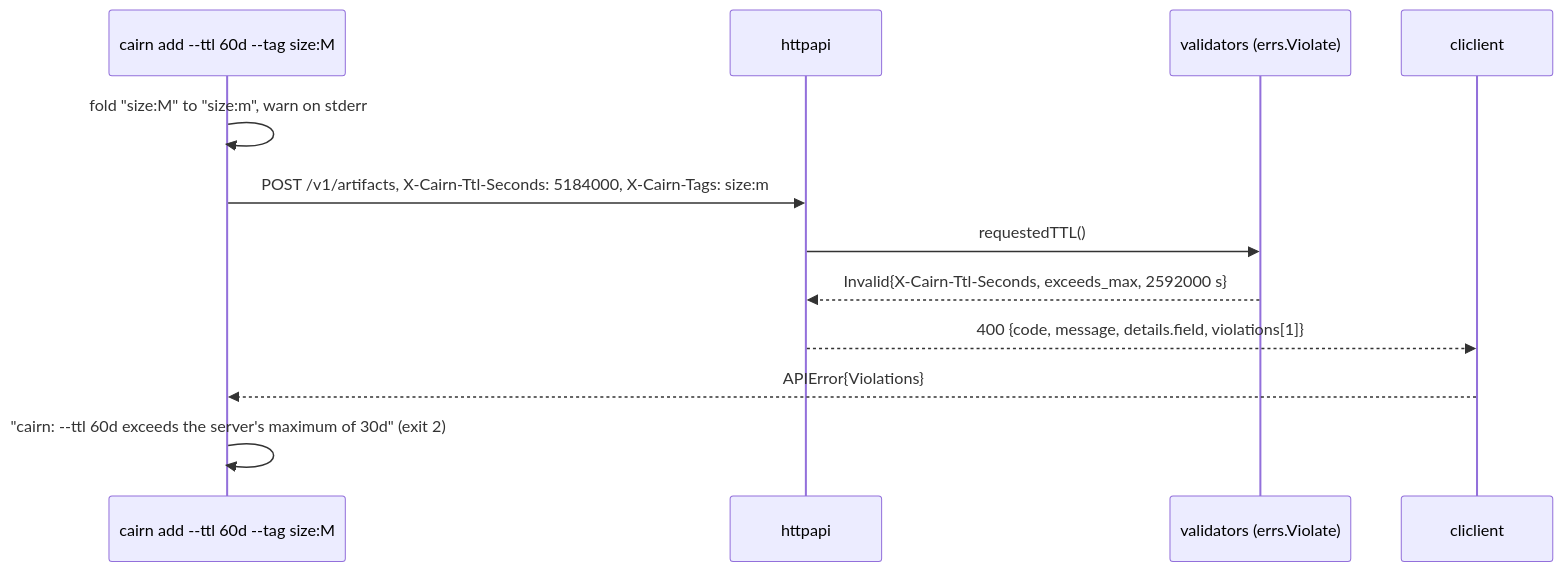
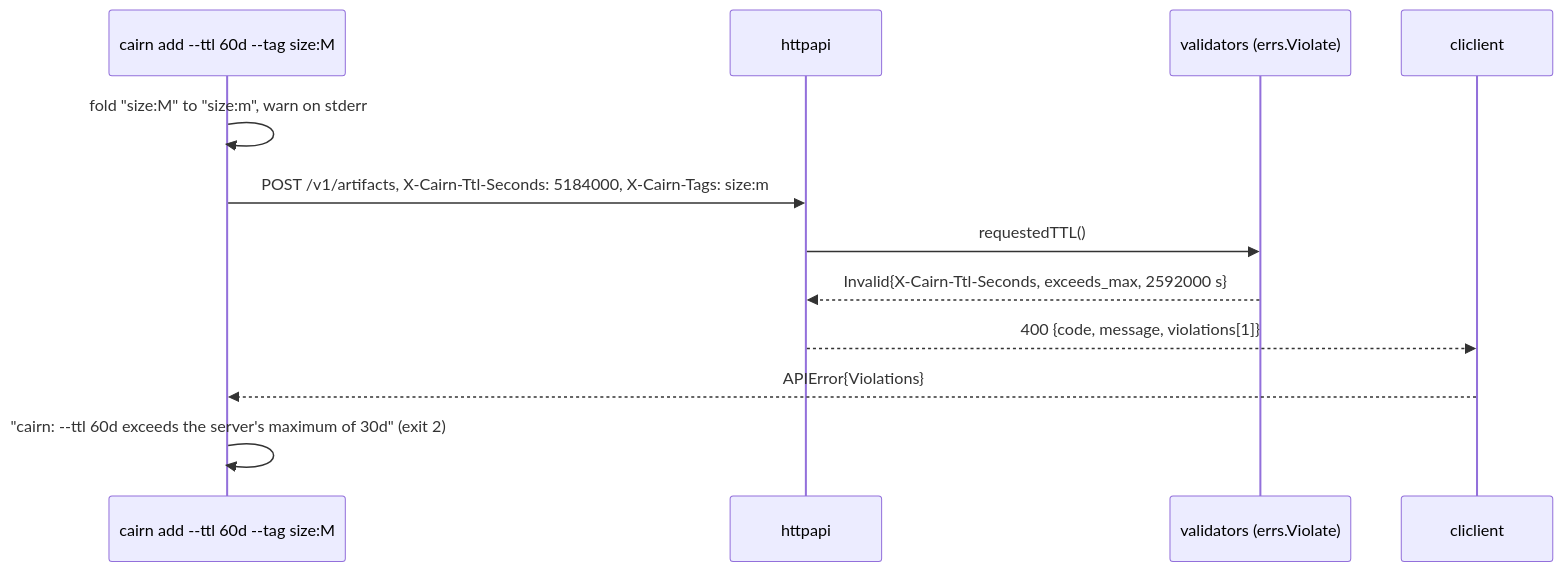
One commit to stump-wtf/cairn changed the diagram in docs/openspec/specs/validation-errors/design.md. Above: the diagram before and after it, drawn with Mermaid. The commit also changed other lines of this file and 2 other files, not shown here.

First line of the commit message:
docs(adr,spec): drop ADR-0025's details.field mirror for old CLIs

````diff
--- a/docs/openspec/specs/validation-errors/design.md
+++ b/docs/openspec/specs/validation-errors/design.md
@@ -184,15 +185,15 @@
 ```mermaid
 sequenceDiagram
     participant CLI as cairn add --ttl 60d --tag size:M
     participant API as httpapi
     participant V as validators (errs.Violate)
     participant CC as cliclient
 
     CLI->>CLI: fold "size:M" to "size:m", warn on stderr
     CLI->>API: POST /v1/artifacts, X-Cairn-Ttl-Seconds: 5184000, X-Cairn-Tags: size:m
     API->>V: requestedTTL()
     V-->>API: Invalid{X-Cairn-Ttl-Seconds, exceeds_max, 2592000 s}
-    API-->>CC: 400 {code, message, details.field, violations[1]}
+    API-->>CC: 400 {code, message, violations[1]}
     CC-->>CLI: APIError{Violations}
     CLI->>CLI: "cairn: --ttl 60d exceeds the server's maximum of 30d" (exit 2)
 ```
````
